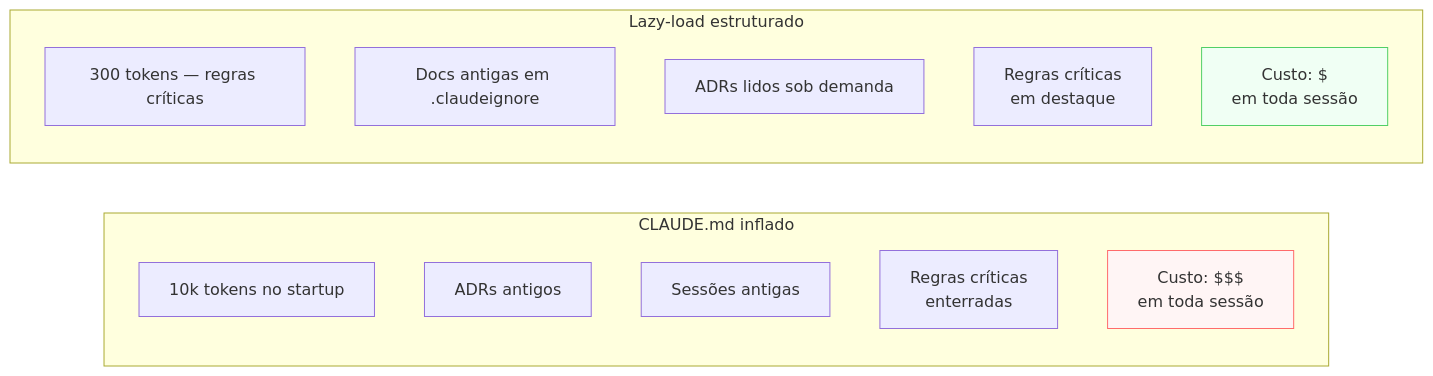
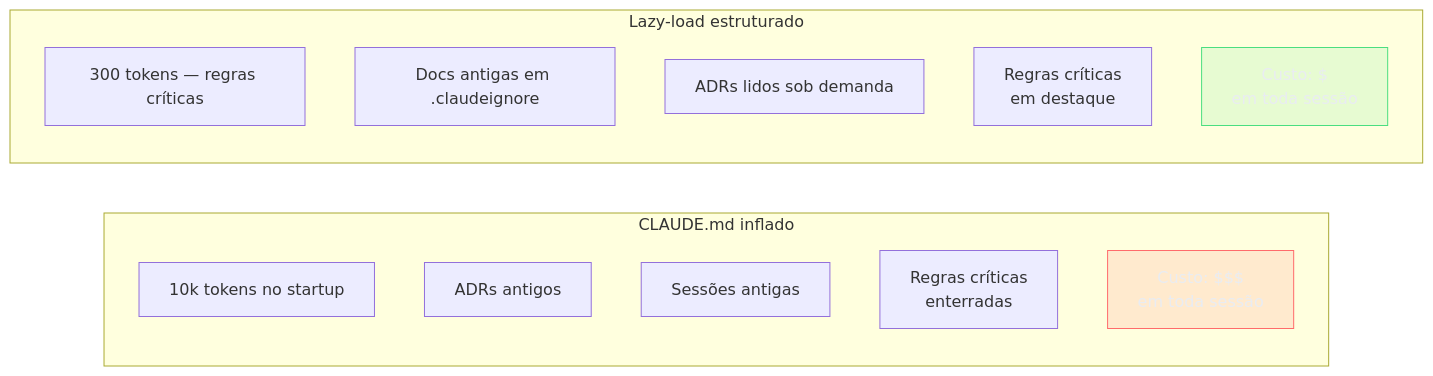
The diagram in 03-Dominios/Tecnologia/IA/Claude Code/Workflows/11 - Estratégias estruturais de contexto/01 - Estrutura .claude lazy-load.md (josenaldo/codex-technomanticus), drawn with Mermaid before and after one commit. The commit also changed 1181 other files, not shown here.

First line of the commit message:
fix(diagramas): paleta do sistema no lugar de cor cravada no markdown

````diff
--- a/03-Dominios/Tecnologia/IA/Claude Code/Workflows/11 - Estratégias estruturais de contexto/01 - Estrutura .claude lazy-load.md
+++ b/03-Dominios/Tecnologia/IA/Claude Code/Workflows/11 - Estratégias estruturais de contexto/01 - Estrutura .claude lazy-load.md
@@ -35,21 +35,23 @@
 ```mermaid
 flowchart LR
+    classDef falha fill:#FF6B6B24,stroke:#FF6B6B,color:#E9ECF2
+    classDef ok fill:#4ADE8021,stroke:#4ADE80,color:#E9ECF2
     subgraph "CLAUDE.md inflado"
         A1[10k tokens no startup]
         A2[ADRs antigos]
         A3[Sessões antigas]
         A4[Regras críticas\nenterradas]
         A5["Custo: $$$\nem toda sessão"]
     end
 
     subgraph "Lazy-load estruturado"
         B1[300 tokens — regras críticas]
         B2[Docs antigas em .claudeignore]
         B3[ADRs lidos sob demanda]
         B4[Regras críticas\nem destaque]
         B5["Custo: $\nem toda sessão"]
     end
 
-    style A5 fill:#fff5f5,stroke:#ff6b6b
-    style B5 fill:#f0fff4,stroke:#51cf66
+    class A5 falha
+    class B5 ok
 ```
````
